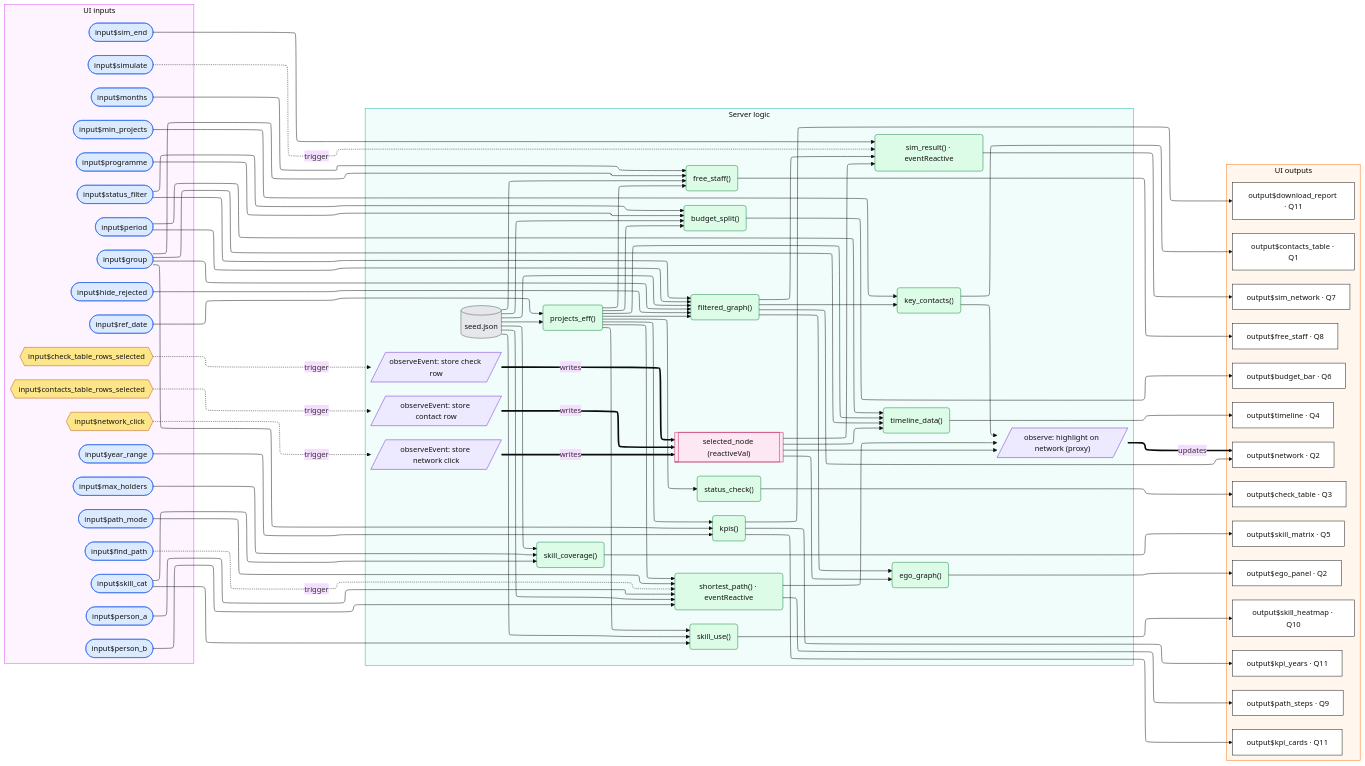
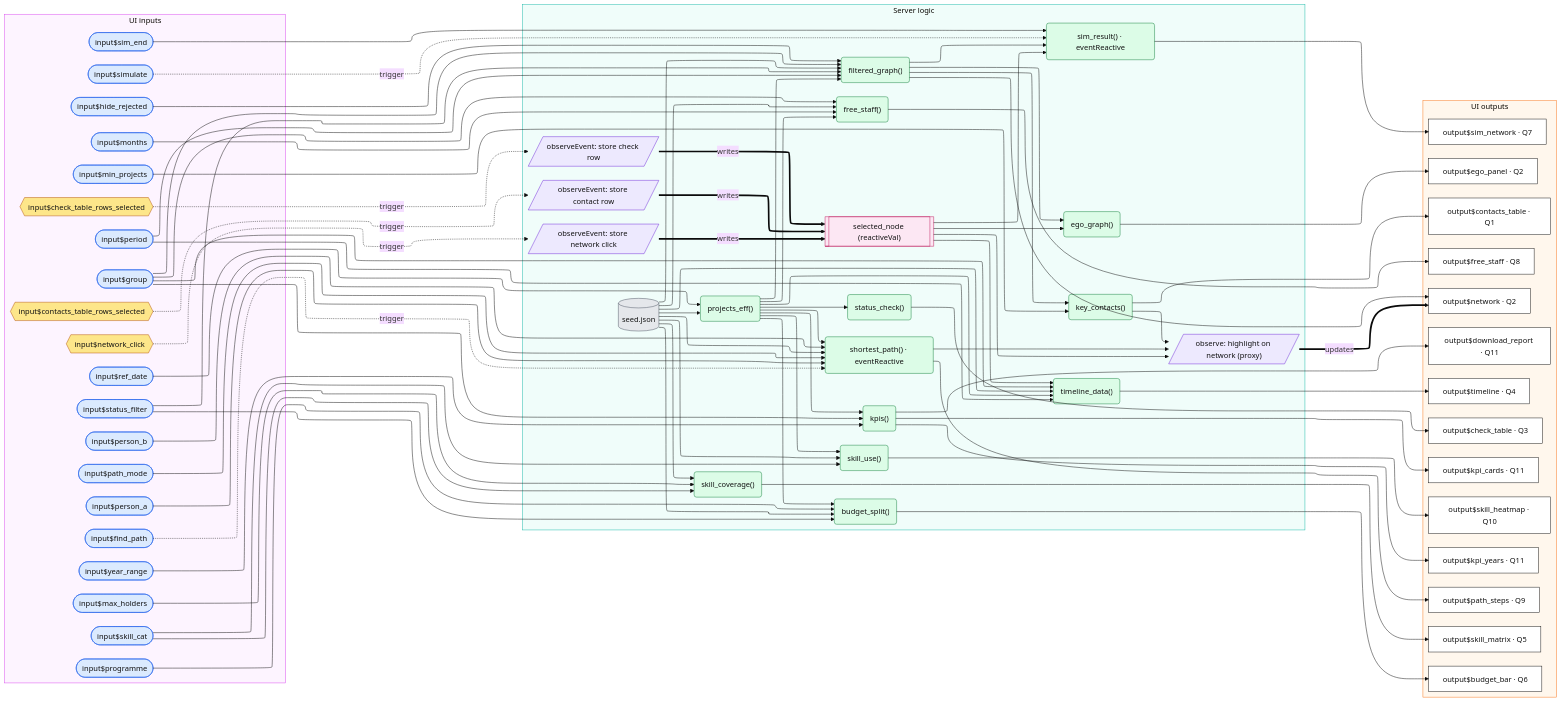
The diagram in docs/app_diagram.mmd (Patrick-Ngibuini/Organisational-dashboard-R3), drawn with Mermaid (base theme) before and after one commit. The commit also changed 3 other files, not shown here.

Commit message:
Add timeline table functionality and related tests for project filtering

```diff
--- a/docs/app_diagram.mmd
+++ b/docs/app_diagram.mmd
@@ -1,178 +1,179 @@
 ---
 config:
   layout: elk
 ---
 flowchart LR
   subgraph UI_IN["UI inputs"]
     I_ref(["input$ref_date"])
     I_rej(["input$hide_rejected"])
     I_stat(["input$status_filter"])
     I_per(["input$period"])
     I_grp(["input$group"])
     I_minp(["input$min_projects"])
     I_cat(["input$skill_cat"])
     I_maxh(["input$max_holders"])
     I_prog(["input$programme"])
     I_send(["input$sim_end"])
     I_sim(["input$simulate"])
     I_mon(["input$months"])
     I_pa(["input$person_a"])
     I_pb(["input$person_b"])
     I_mode(["input$path_mode"])
     I_find(["input$find_path"])
     I_yr(["input$year_range"])
     E_net{{"input$network_click"}}
     E_ct{{"input$contacts_table_rows_selected"}}
     E_ck{{"input$check_table_rows_selected"}}
   end
 
   subgraph SERVER["Server logic"]
     D_seed[("seed.json")]
     R_eff("projects_eff()")
     R_fg("filtered_graph()")
     O_net[/"observeEvent: store network click"/]
     O_ct[/"observeEvent: store contact row"/]
     O_ck[/"observeEvent: store check row"/]
     S_sel[["selected_node (reactiveVal)"]]
     O_hl[/"observe: highlight on network (proxy)"/]
     R_kc("key_contacts()")
     R_ego("ego_graph()")
     R_chk("status_check()")
     R_tl("timeline_data()")
     R_sk("skill_coverage()")
     R_bud("budget_split()")
     R_sim("sim_result() · eventReactive")
     R_free("free_staff()")
     R_path("shortest_path() · eventReactive")
     R_use("skill_use()")
     R_kpi("kpis()")
   end
 
   subgraph UI_OUT["UI outputs"]
     P_net["output$network · Q2"]
     P_ego["output$ego_panel · Q2"]
     P_ct["output$contacts_table · Q1"]
     P_ck["output$check_table · Q3"]
     P_tl["output$timeline · Q4"]
     P_sk["output$skill_matrix · Q5"]
     P_bud["output$budget_bar · Q6"]
     P_sim["output$sim_network · Q7"]
     P_free["output$free_staff · Q8"]
     P_path["output$path_steps · Q9"]
     P_use["output$skill_heatmap · Q10"]
     P_kpi["output$kpi_cards · Q11"]
     P_yrs["output$kpi_years · Q11"]
     P_dl["output$download_report · Q11"]
   end
 
   %% shared backbone
   D_seed --> R_eff
   I_ref --> R_eff
   D_seed --> R_fg
   R_eff --> R_fg
   I_rej --> R_fg
   I_stat --> R_fg
   I_per --> R_fg
   I_grp --> R_fg
   R_fg --> P_net
 
   %% shared selection (events -> observers -> state)
   E_net -.->|trigger| O_net
   E_ct -.->|trigger| O_ct
   E_ck -.->|trigger| O_ck
   O_net ==>|writes| S_sel
   O_ct ==>|writes| S_sel
   O_ck ==>|writes| S_sel
   S_sel --> O_hl
   R_kc --> O_hl
   R_path --> O_hl
   O_hl ==>|updates| P_net
 
   %% Q1 key contacts
   R_fg --> R_kc
   I_minp --> R_kc
   R_kc --> P_ct
 
   %% Q2 company ego network
   R_fg --> R_ego
   S_sel --> R_ego
   R_ego --> P_ego
 
   %% Q3 status check
   R_eff --> R_chk
   R_chk --> P_ck
 
   %% Q4 timeline
   R_eff --> R_tl
   I_grp --> R_tl
   I_per --> R_tl
   S_sel --> R_tl
+  D_seed --> R_tl
   R_tl --> P_tl
 
   %% Q5 rare skills
   D_seed --> R_sk
   I_cat --> R_sk
   I_maxh --> R_sk
   R_sk --> P_sk
 
   %% Q6 budget split
   R_eff --> R_bud
   I_prog --> R_bud
   I_stat --> R_bud
   D_seed --> R_bud
   R_bud --> P_bud
 
   %% Q7 what-if: project ends
   I_sim -.->|trigger| R_sim
   R_fg --> R_sim
   S_sel --> R_sim
   I_send --> R_sim
   R_sim --> P_sim
 
   %% Q8 staff available
   D_seed --> R_free
   R_eff --> R_free
   I_grp --> R_free
   I_mon --> R_free
   R_free --> P_free
 
   %% Q9 shortest path
   I_find -.->|trigger| R_path
   D_seed --> R_path
   R_eff --> R_path
   I_pa --> R_path
   I_pb --> R_path
   I_mode --> R_path
   R_path --> P_path
 
   %% Q10 skills on running projects
   D_seed --> R_use
   R_eff --> R_use
   I_cat --> R_use
   R_use --> P_use
 
   %% Q11 KPIs + export
   R_eff --> R_kpi
   I_grp --> R_kpi
   I_yr --> R_kpi
   R_kpi --> P_kpi
   R_kpi --> P_yrs
   R_kpi --> P_dl
 
   classDef widget fill:#dbeafe,stroke:#2563eb,color:#111
   classDef event fill:#fde68a,stroke:#b45309,color:#111
   classDef data fill:#e5e7eb,stroke:#4b5563,color:#111
   classDef conductor fill:#dcfce7,stroke:#15803d,color:#111
   classDef observer fill:#ede9fe,stroke:#6d28d9,color:#111
   classDef state fill:#fce7f3,stroke:#be185d,color:#111
   classDef output fill:#ffffff,stroke:#111,color:#111
   class I_ref,I_rej,I_stat,I_per,I_grp,I_minp,I_cat,I_maxh,I_prog,I_send,I_sim,I_mon,I_pa,I_pb,I_mode,I_find,I_yr widget
   class E_net,E_ct,E_ck event
   class D_seed data
   class R_eff,R_fg,R_kc,R_ego,R_chk,R_tl,R_sk,R_bud,R_sim,R_free,R_path,R_use,R_kpi conductor
   class O_net,O_ct,O_ck,O_hl observer
   class S_sel state
   class P_net,P_ego,P_ct,P_ck,P_tl,P_sk,P_bud,P_sim,P_free,P_path,P_use,P_kpi,P_yrs,P_dl output
   style UI_IN fill:#fdf4ff,stroke:#d946ef
   style SERVER fill:#f0fdfa,stroke:#14b8a6
   style UI_OUT fill:#fff7ed,stroke:#f97316
```
